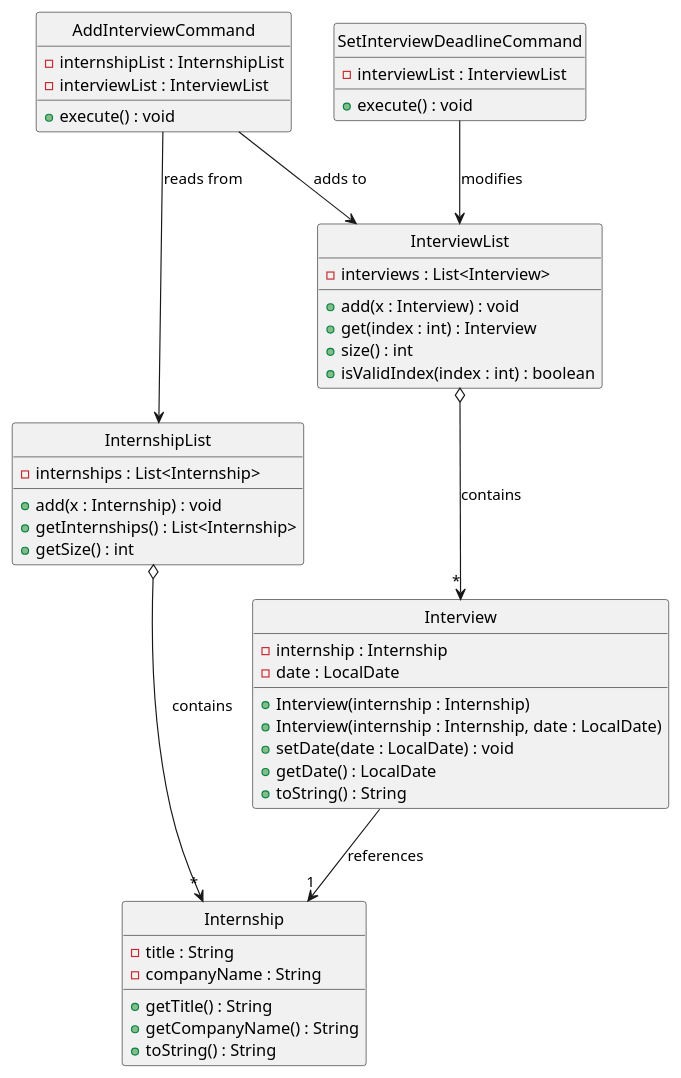
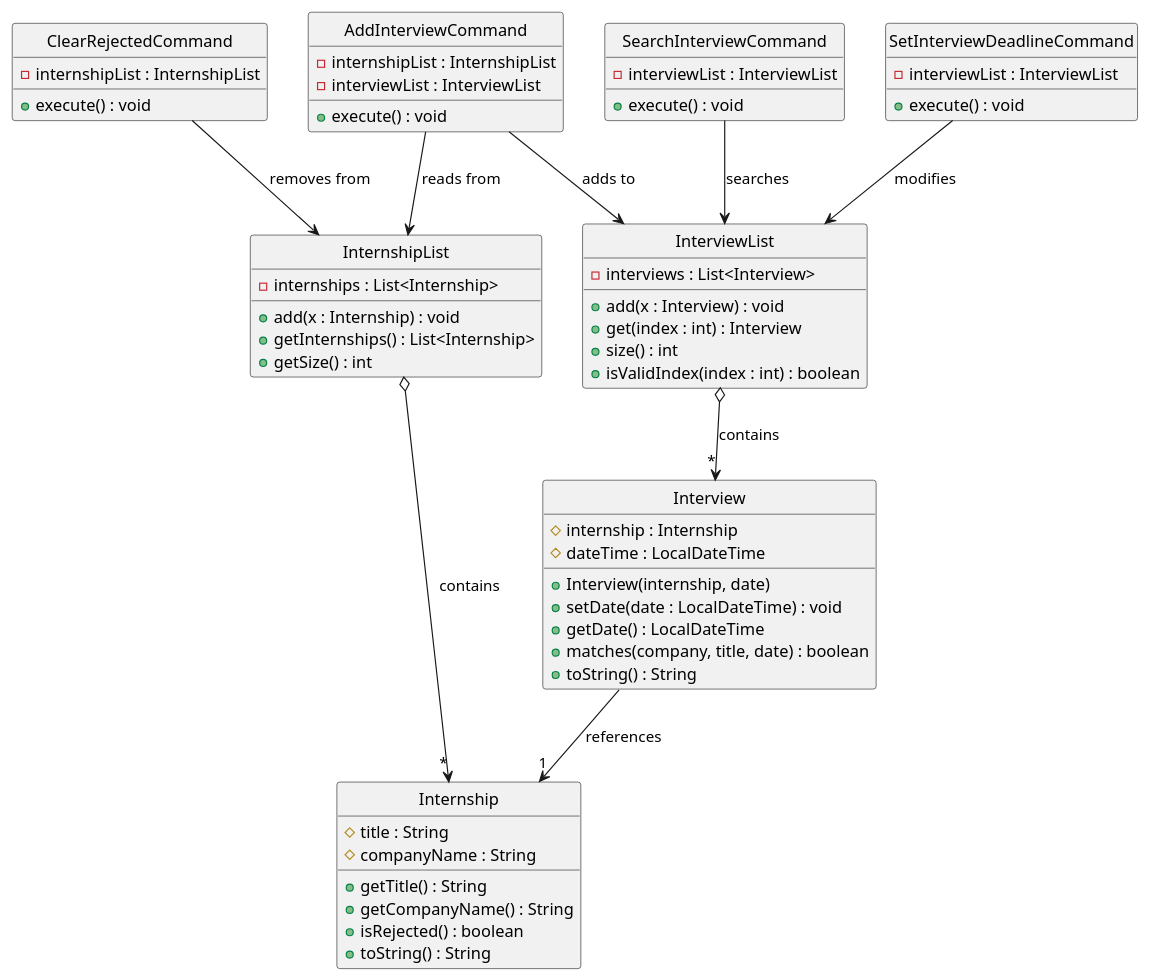
Before and after one commit to AY2526S2-CS2113-W10-4/tp: the diagram in docs/diagrams/InterviewClassDiagram.puml, drawn with PlantUML. The commit also changed 4 other files, not shown here.

Commit message:
Update Developer Guide for add-interview, update-date, search-interview, and clear-rejected

```diff
--- a/docs/diagrams/InterviewClassDiagram.puml
+++ b/docs/diagrams/InterviewClassDiagram.puml
@@ -1,54 +1,67 @@
 @startuml
 hide circle
 
 class Internship {
-    - title : String
-    - companyName : String
+    # title : String
+    # companyName : String
     + getTitle() : String
     + getCompanyName() : String
+    + isRejected() : boolean
     + toString() : String
 }
 
 class Interview {
-    - internship : Internship
-    - date : LocalDate
-    + Interview(internship : Internship)
-    + Interview(internship : Internship, date : LocalDate)
-    + setDate(date : LocalDate) : void
-    + getDate() : LocalDate
+    # internship : Internship
+    # dateTime : LocalDateTime
+    + Interview(internship, date)
+    + setDate(date : LocalDateTime) : void
+    + getDate() : LocalDateTime
+    + matches(company, title, date) : boolean
     + toString() : String
 }
 
 class InternshipList {
     - internships : List<Internship>
     + add(x : Internship) : void
     + getInternships() : List<Internship>
     + getSize() : int
 }
 
 class InterviewList {
     - interviews : List<Interview>
     + add(x : Interview) : void
     + get(index : int) : Interview
     + size() : int
     + isValidIndex(index : int) : boolean
 }
 
 class AddInterviewCommand {
     - internshipList : InternshipList
     - interviewList : InterviewList
     + execute() : void
 }
 
 class SetInterviewDeadlineCommand {
     - interviewList : InterviewList
     + execute() : void
 }
 
+class SearchInterviewCommand {
+    - interviewList : InterviewList
+    + execute() : void
+}
+
+class ClearRejectedCommand {
+    - internshipList : InternshipList
+    + execute() : void
+}
+
 Interview --> "1" Internship : references
 InterviewList o--> "*" Interview : contains
 InternshipList o--> "*" Internship : contains
 AddInterviewCommand --> InternshipList : reads from
 AddInterviewCommand --> InterviewList : adds to
 SetInterviewDeadlineCommand --> InterviewList : modifies
+SearchInterviewCommand --> InterviewList : searches
+ClearRejectedCommand --> InternshipList : removes from
 @enduml
```
